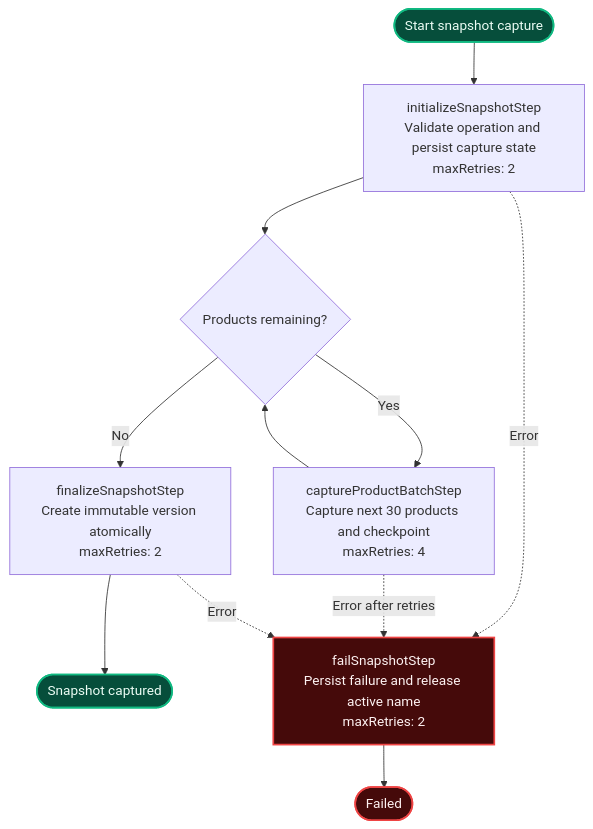
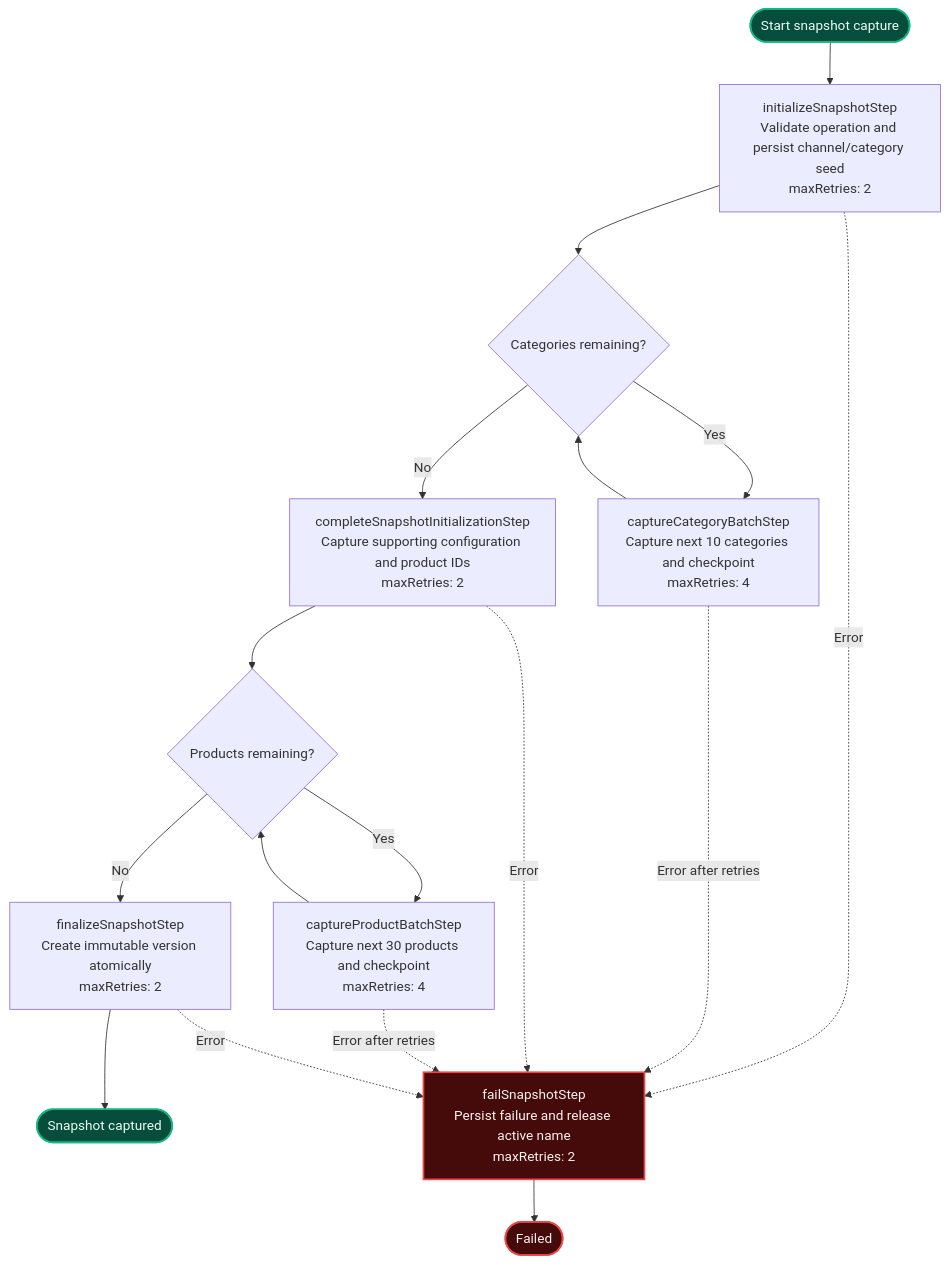
One commit to rezakalfane/bc-demoenv changed the second of 4 diagrams in DETAILS.md. Above: the diagram before and after it, drawn with Mermaid. The commit also changed other lines of this file and 16 other files, not shown here.

Commit message:
Make snapshot capture resumable across local restarts

````diff
--- a/DETAILS.md
+++ b/DETAILS.md
@@ -234,19 +238,25 @@
 ```mermaid
 flowchart TD
-    start([Start snapshot capture]) --> initialize["initializeSnapshotStep<br/>Validate operation and persist capture state<br/>maxRetries: 2"]
-    initialize --> remaining{"Products remaining?"}
-    remaining -- Yes --> batch["captureProductBatchStep<br/>Capture next 30 products and checkpoint<br/>maxRetries: 4"]
-    batch --> remaining
+    start([Start snapshot capture]) --> initialize["initializeSnapshotStep<br/>Validate operation and persist channel/category seed<br/>maxRetries: 2"]
+    initialize --> categories{"Categories remaining?"}
+    categories -- Yes --> categoryBatch["captureCategoryBatchStep<br/>Capture next 10 categories and checkpoint<br/>maxRetries: 4"]
+    categoryBatch --> categories
+    categories -- No --> completeInit["completeSnapshotInitializationStep<br/>Capture supporting configuration and product IDs<br/>maxRetries: 2"]
+    completeInit --> remaining{"Products remaining?"}
+    remaining -- Yes --> productBatch["captureProductBatchStep<br/>Capture next 30 products and checkpoint<br/>maxRetries: 4"]
+    productBatch --> remaining
     remaining -- No --> finalize["finalizeSnapshotStep<br/>Create immutable version atomically<br/>maxRetries: 2"]
     finalize --> success([Snapshot captured])
 
     initialize -. Error .-> fail["failSnapshotStep<br/>Persist failure and release active name<br/>maxRetries: 2"]
-    batch -. Error after retries .-> fail
+    categoryBatch -. Error after retries .-> fail
+    completeInit -. Error .-> fail
+    productBatch -. Error after retries .-> fail
     finalize -. Error .-> fail
     fail --> failed([Failed])
 
     classDef terminal fill:#064e3b,color:#ecfdf5,stroke:#10b981,stroke-width:2px;
     classDef failure fill:#450a0a,color:#fef2f2,stroke:#ef4444,stroke-width:2px;
     class start,success terminal;
     class fail,failed failure;
 ```
````
